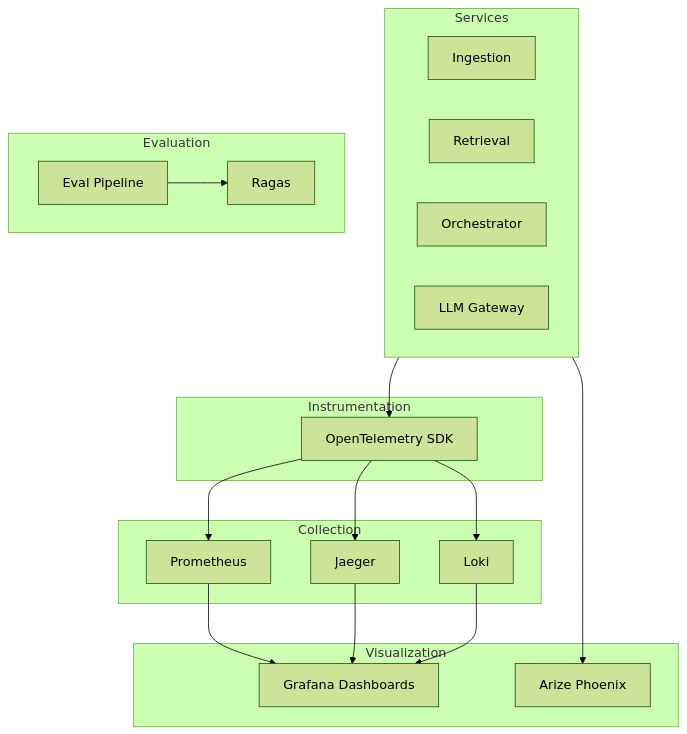
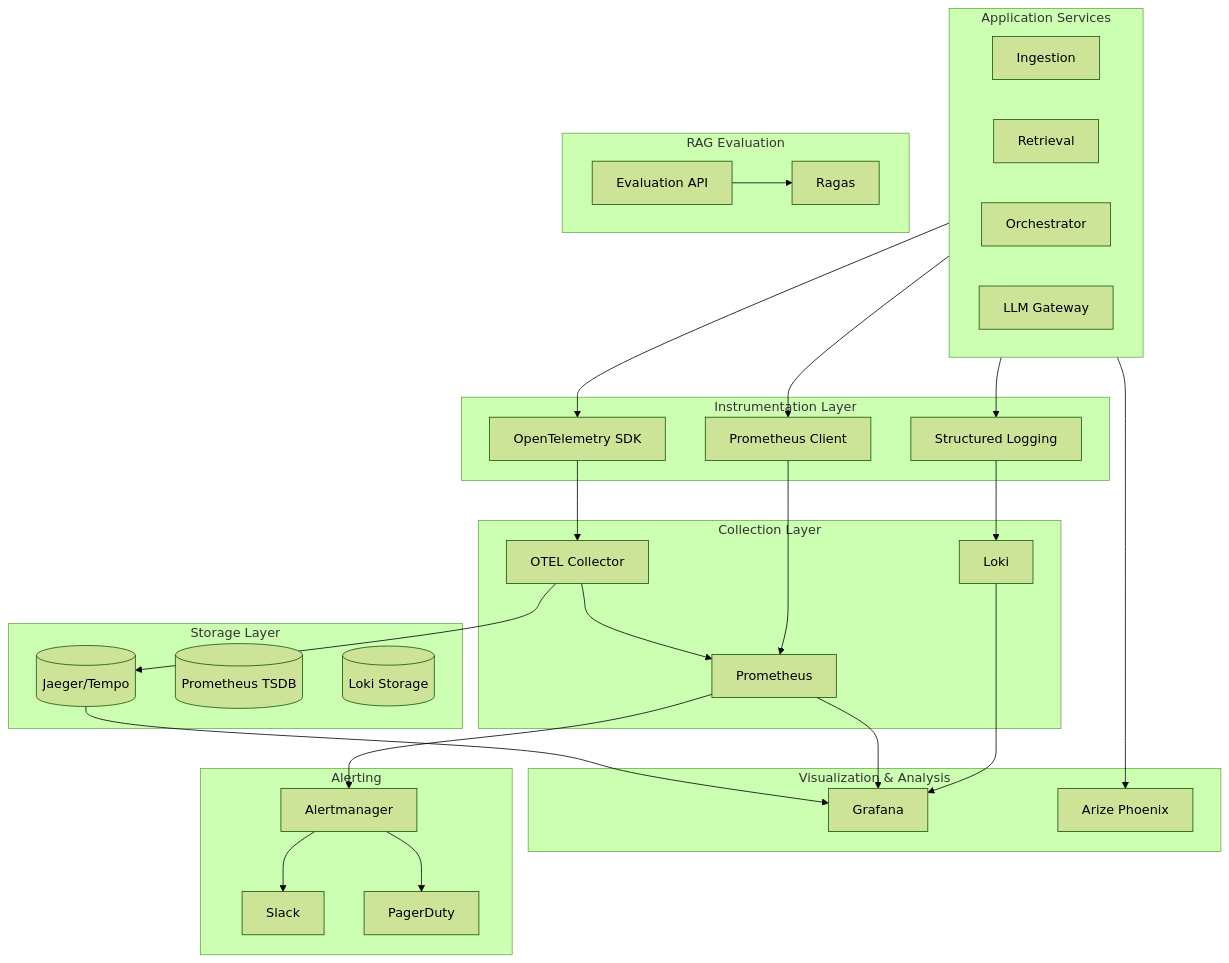
Before and after one commit to RogierKonings/ultimate-rag-pipeline: the fifth of 7 diagrams in docs/architecture.md, drawn with Mermaid (forest theme). The commit also changed other lines of this file and 86 other files, not shown here.

````diff
--- a/docs/architecture.md
+++ b/docs/architecture.md
@@ -1041,41 +1104,65 @@
 ```mermaid
 flowchart TB
-    subgraph Services
+    subgraph Services["Application Services"]
         ING[Ingestion]
         RET[Retrieval]
         ORC[Orchestrator]
         LLM[LLM Gateway]
     end
-    
-    subgraph Instrumentation
+
+    subgraph Instrumentation["Instrumentation Layer"]
         OTEL[OpenTelemetry SDK]
+        PROM_CLIENT[Prometheus Client]
+        STRUCT_LOG[Structured Logging]
     end
-    
-    subgraph Collection
+
+    subgraph Collection["Collection Layer"]
+        OTEL_COLL[OTEL Collector]
         PROM[Prometheus]
-        JAEG[Jaeger]
         LOKI[Loki]
     end
-    
-    subgraph Visualization
-        GRAF[Grafana Dashboards]
+
+    subgraph Storage["Storage Layer"]
+        JAEG[(Jaeger/Tempo)]
+        TSDB[(Prometheus TSDB)]
+        LOG_STORE[(Loki Storage)]
+    end
+
+    subgraph Visualization["Visualization & Analysis"]
+        GRAF[Grafana]
         PHOE[Arize Phoenix]
     end
-    
-    subgraph Evaluation
+
+    subgraph Alert["Alerting"]
+        AM[Alertmanager]
+        SLACK[Slack]
+        PD[PagerDuty]
+    end
+
+    subgraph Evaluation["RAG Evaluation"]
         RAGAS[Ragas]
-        EVAL[Eval Pipeline]
+        EVAL_API[Evaluation API]
     end
-    
+
     Services --> OTEL
-    OTEL --> PROM
-    OTEL --> JAEG
-    OTEL --> LOKI
-    
+    Services --> PROM_CLIENT
+    Services --> STRUCT_LOG
+
+    OTEL --> OTEL_COLL
+    OTEL_COLL --> JAEG
+    OTEL_COLL --> PROM
+
+    PROM_CLIENT --> PROM
+    STRUCT_LOG --> LOKI
+
+    PROM --> AM
+    AM --> SLACK
+    AM --> PD
+
+    JAEG --> GRAF
     PROM --> GRAF
-    JAEG --> GRAF
     LOKI --> GRAF
-    
+
     Services --> PHOE
-    EVAL --> RAGAS
+    EVAL_API --> RAGAS
 ```
````
